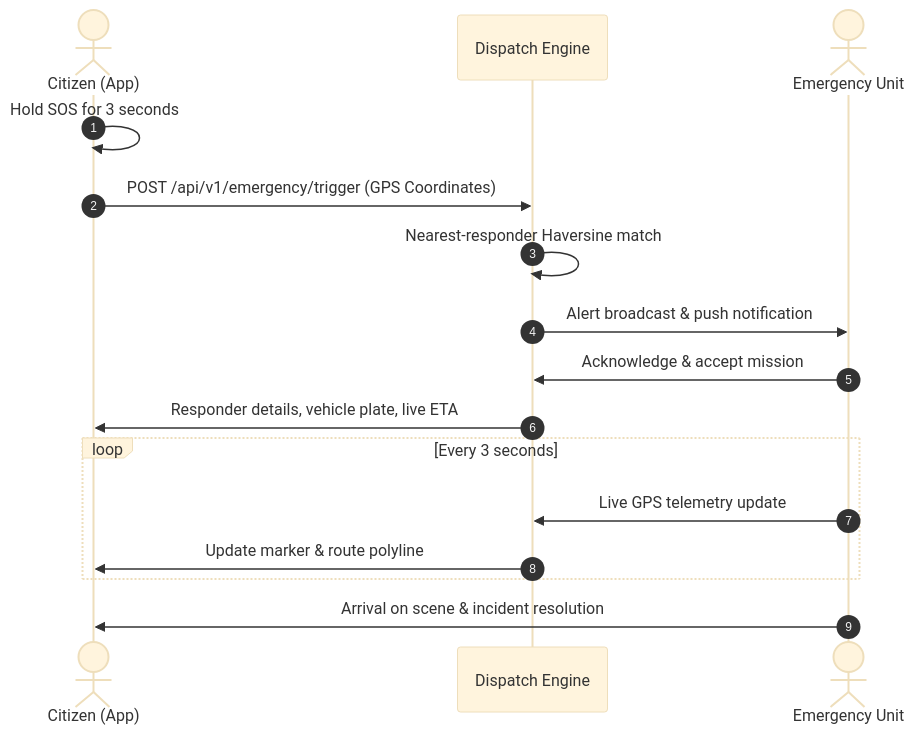
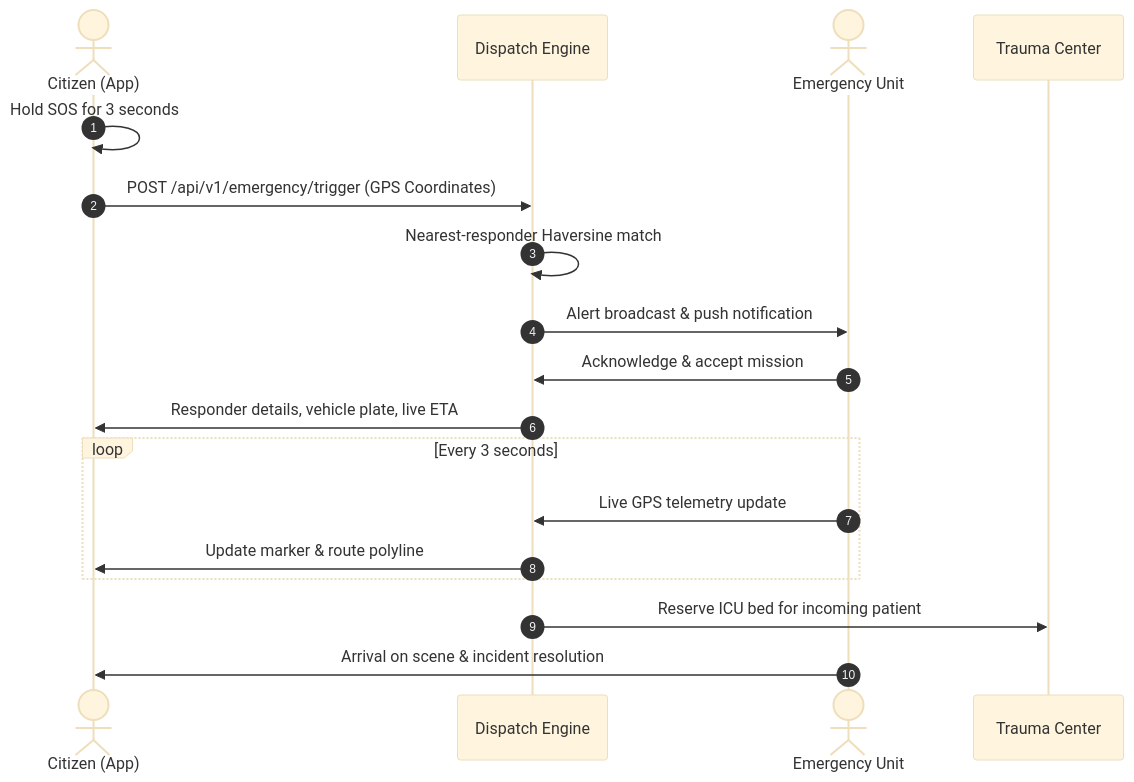
Before and after one commit to Meera2926/emergency-dispatch-system: the diagram in README.md, drawn with Mermaid (base theme). The commit also changed other lines of this file, not shown here.

Commit message:
docs: update README with v1.2.0 features, hospital routing, and geofencing architecture

````diff
--- a/README.md
+++ b/README.md
@@ -25,19 +27,21 @@
 ```mermaid
 sequenceDiagram
     autonumber
     actor Victim as Citizen (App)
     participant Dispatcher as Dispatch Engine
     actor Responder as Emergency Unit
+    participant Hospital as Trauma Center
     
     Victim->>Victim: Hold SOS for 3 seconds
     Victim->>Dispatcher: POST /api/v1/emergency/trigger (GPS Coordinates)
     Dispatcher->>Dispatcher: Nearest-responder Haversine match
     Dispatcher->>Responder: Alert broadcast & push notification
     Responder->>Dispatcher: Acknowledge & accept mission
     Dispatcher->>Victim: Responder details, vehicle plate, live ETA
     loop Every 3 seconds
         Responder->>Dispatcher: Live GPS telemetry update
         Dispatcher->>Victim: Update marker & route polyline
     end
+    Dispatcher->>Hospital: Reserve ICU bed for incoming patient
     Responder->>Victim: Arrival on scene & incident resolution
 ```
````
